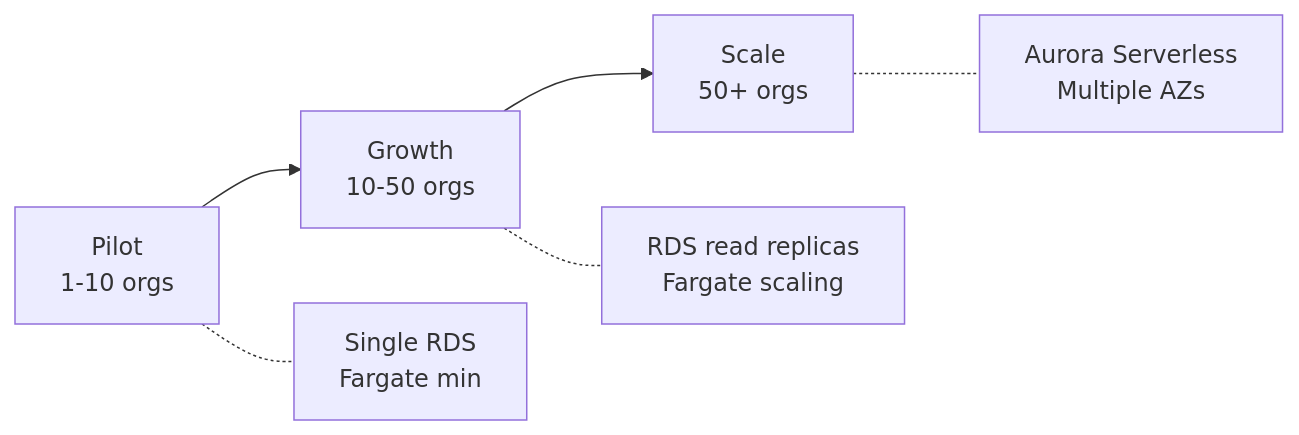
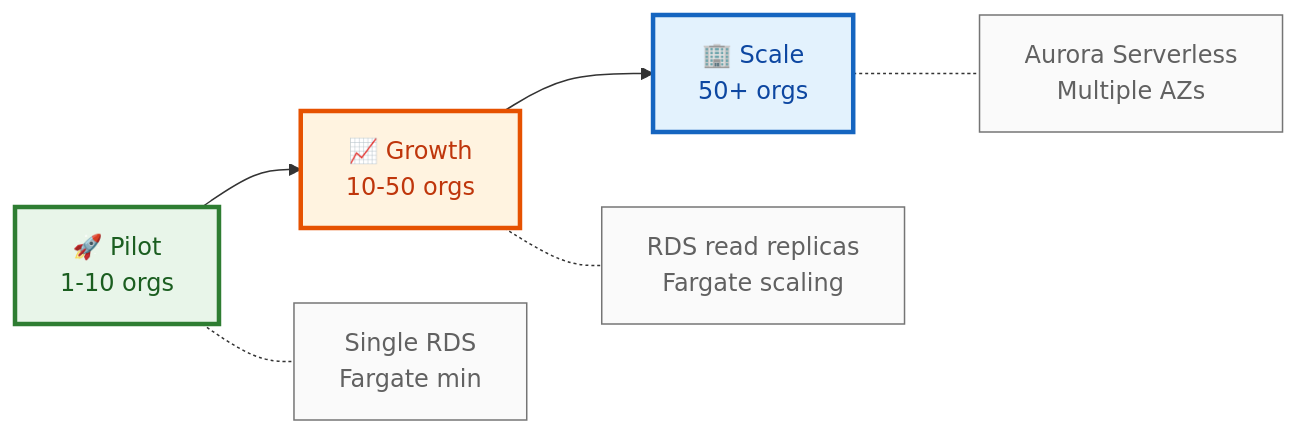
One commit to nugehs/ai-reclaim-m0 changed the third of 3 diagrams in docs/01-system-architecture/README.md. Above: the diagram before and after it, drawn with Mermaid. The commit also changed other lines of this file and 12 other files, not shown here.

````diff
--- a/docs/01-system-architecture/README.md
+++ b/docs/01-system-architecture/README.md
@@ -288,9 +319,20 @@
 ```mermaid
 graph LR
-    PILOT[Pilot<br/>1-10 orgs] --> GROWTH[Growth<br/>10-50 orgs]
-    GROWTH --> SCALE[Scale<br/>50+ orgs]
+    PILOT[🚀 Pilot<br/>1-10 orgs] --> GROWTH[📈 Growth<br/>10-50 orgs]
+    GROWTH --> SCALE[🏢 Scale<br/>50+ orgs]
 
     PILOT -.- P1[Single RDS<br/>Fargate min]
     GROWTH -.- G1[RDS read replicas<br/>Fargate scaling]
     SCALE -.- S1[Aurora Serverless<br/>Multiple AZs]
+
+    %% Styling
+    classDef pilotStyle fill:#e8f5e9,stroke:#2e7d32,stroke-width:3px,color:#1b5e20
+    classDef growthStyle fill:#fff3e0,stroke:#e65100,stroke-width:3px,color:#bf360c
+    classDef scaleStyle fill:#e3f2fd,stroke:#1565c0,stroke-width:3px,color:#0d47a1
+    classDef specStyle fill:#fafafa,stroke:#757575,stroke-width:1px,color:#616161
+
+    class PILOT pilotStyle
+    class GROWTH growthStyle
+    class SCALE scaleStyle
+    class P1,G1,S1 specStyle
 ```
````
